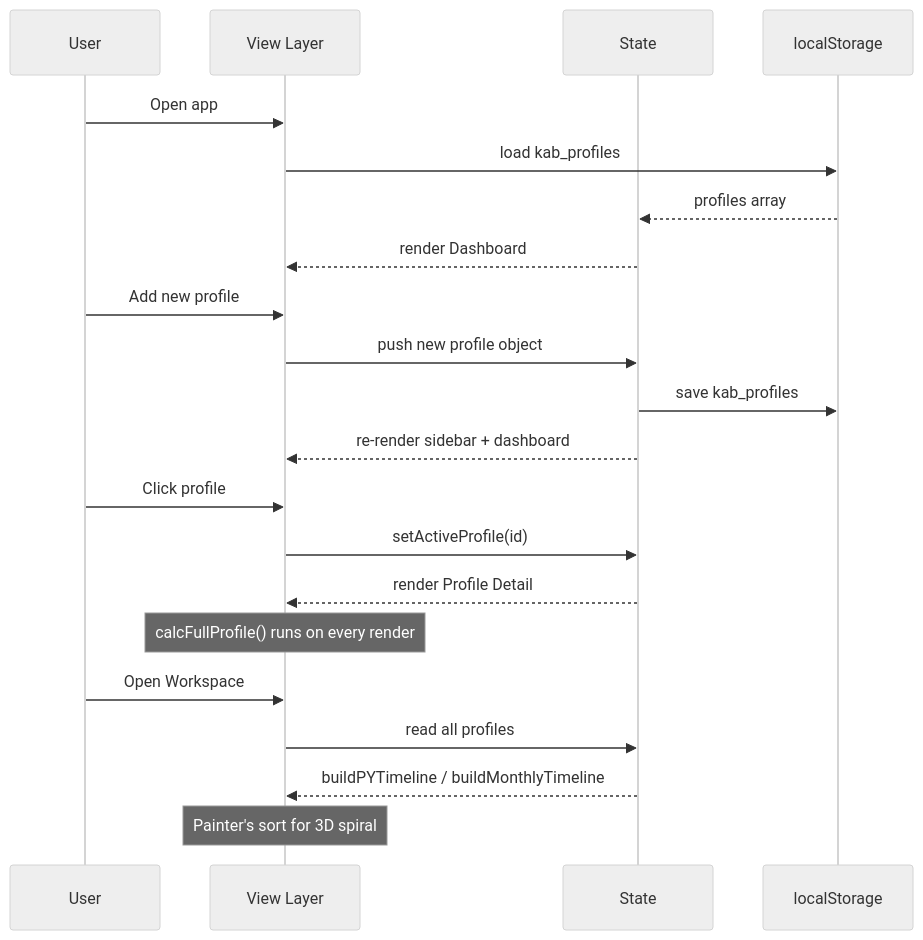
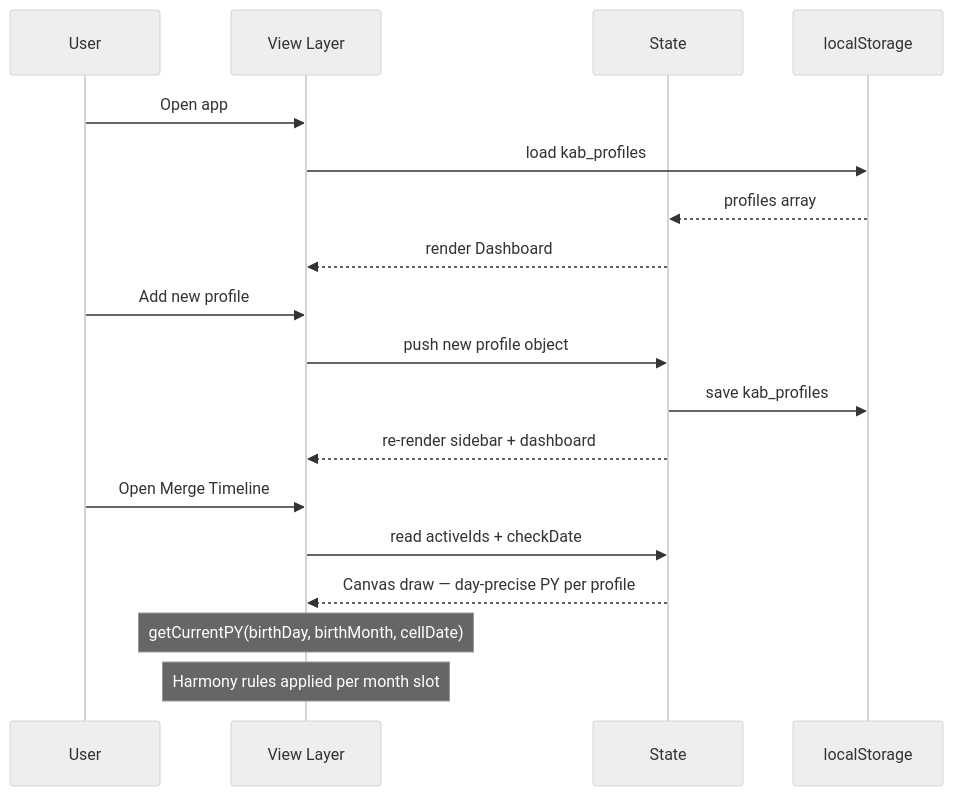
Before and after one commit to tzabarishay-naomi/numerology: the fourth of 4 diagrams in README.md, drawn with Mermaid (neutral theme). The commit also changed other lines of this file, not shown here.

Commit message:
Update README: merge view, color system, harmony rules, peaks table, roadmap

````diff
--- a/README.md
+++ b/README.md
@@ -245,27 +244,23 @@
 ```mermaid
 sequenceDiagram
     participant U as User
     participant UI as View Layer
     participant S as State
     participant LS as localStorage
 
     U->>UI: Open app
     UI->>LS: load kab_profiles
     LS-->>S: profiles array
     S-->>UI: render Dashboard
 
     U->>UI: Add new profile
     UI->>S: push new profile object
     S->>LS: save kab_profiles
     S-->>UI: re-render sidebar + dashboard
 
-    U->>UI: Click profile
-    UI->>S: setActiveProfile(id)
-    S-->>UI: render Profile Detail
-    Note over UI: calcFullProfile() runs on every render
-
-    U->>UI: Open Workspace
-    UI->>S: read all profiles
-    S-->>UI: buildPYTimeline / buildMonthlyTimeline
-    Note over UI: Painter's sort for 3D spiral
+    U->>UI: Open Merge Timeline
+    UI->>S: read activeIds + checkDate
+    S-->>UI: Canvas draw — day-precise PY per profile
+    Note over UI: getCurrentPY(birthDay, birthMonth, cellDate)
+    Note over UI: Harmony rules applied per month slot
 ```
````
